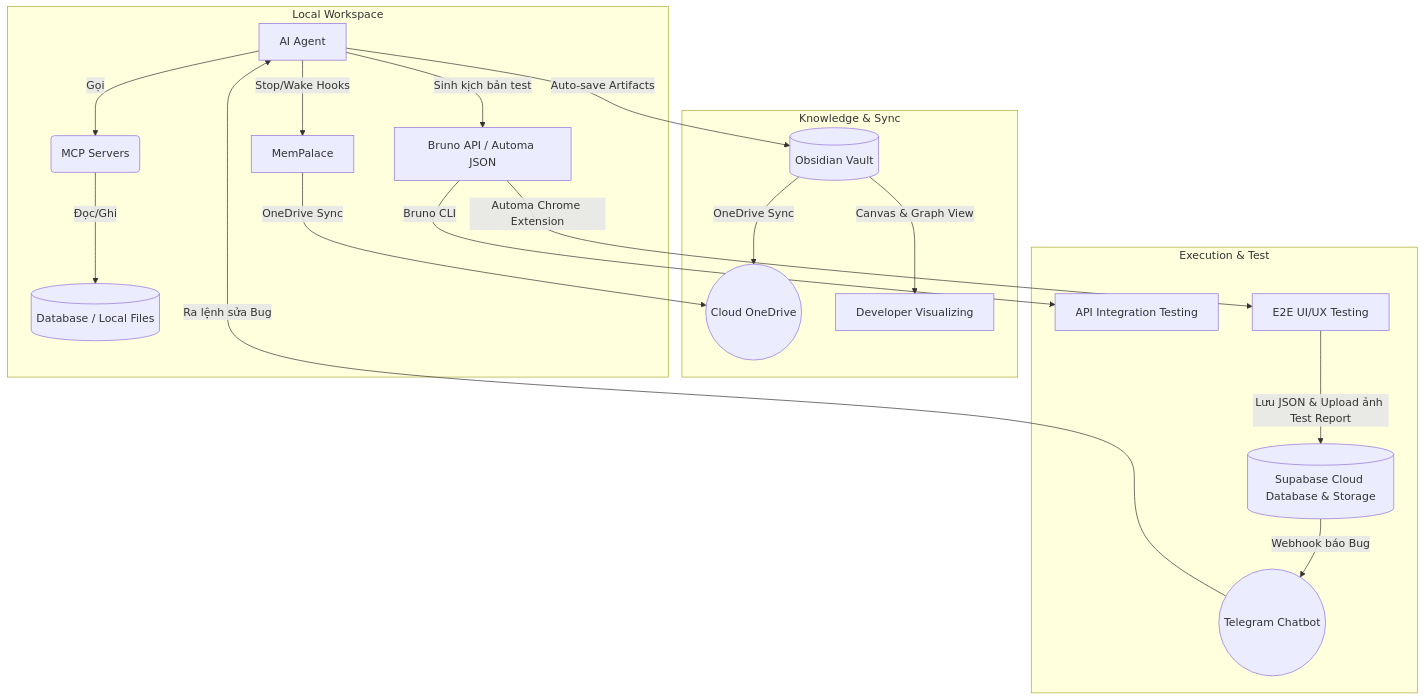
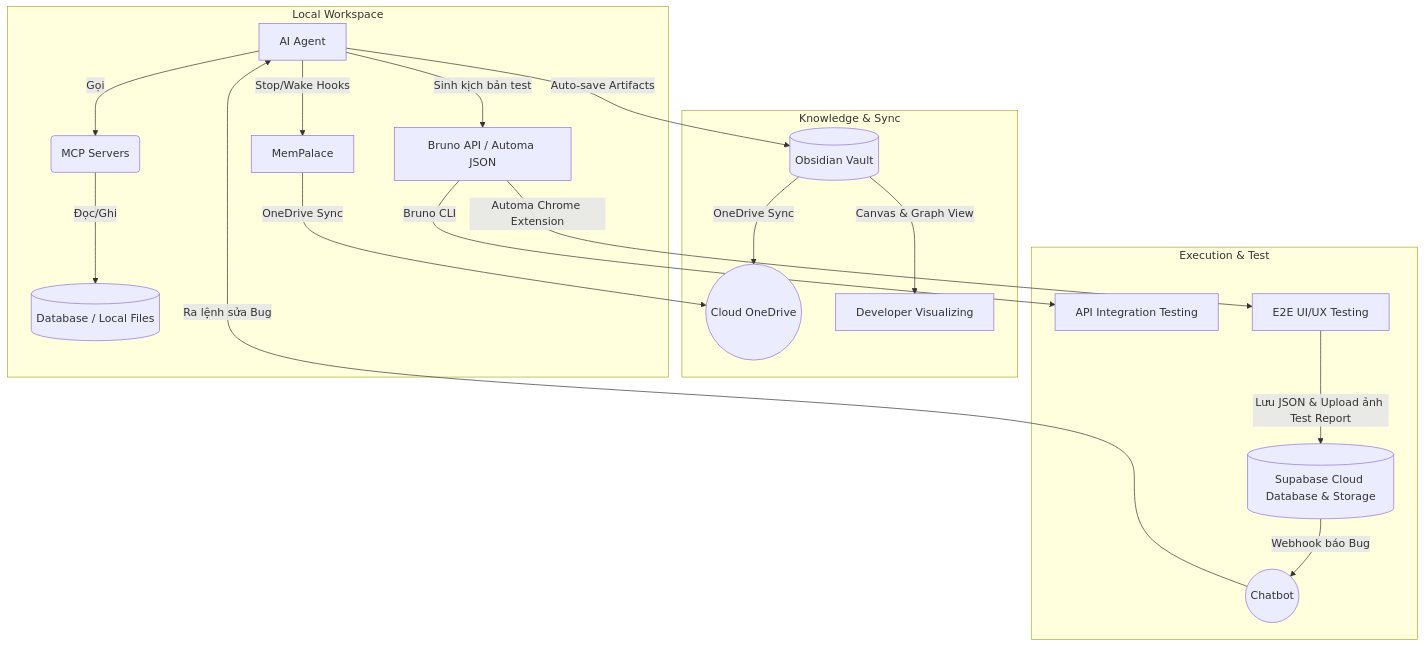
Before and after one commit to tuquet/tips: the diagram in README.md, drawn with Mermaid. The commit also changed other lines of this file, not shown here.

````diff
--- a/README.md
+++ b/README.md
@@ -34,24 +34,24 @@
 ```mermaid
 graph TD
     subgraph Local Workspace
         A[AI Agent] -->|Gọi| B(MCP Servers)
         B -->|Đọc/Ghi| C[(Database / Local Files)]
         A -->|Stop/Wake Hooks| D[MemPalace]
         A -->|Sinh kịch bản test| E[Bruno API / Automa JSON]
     end
 
     subgraph Knowledge & Sync
         F[(Obsidian Vault)] -->|OneDrive Sync| G((Cloud OneDrive))
         D -->|OneDrive Sync| G
         A -->|Auto-save Artifacts| F
         F -->|Canvas & Graph View| H[Developer Visualizing]
     end
 
     subgraph Execution & Test
         E -->|Bruno CLI| I[API Integration Testing]
         E -->|Automa Chrome Extension| J[E2E UI/UX Testing]
         J -->|Lưu JSON & Upload ảnh Test Report| K[(Supabase Cloud Database & Storage)]
-        K -->|Webhook báo Bug| L((Telegram Chatbot))
+        K -->|Webhook báo Bug| L((Chatbot))
         L -->|Ra lệnh sửa Bug| A
     end
 ```
````
